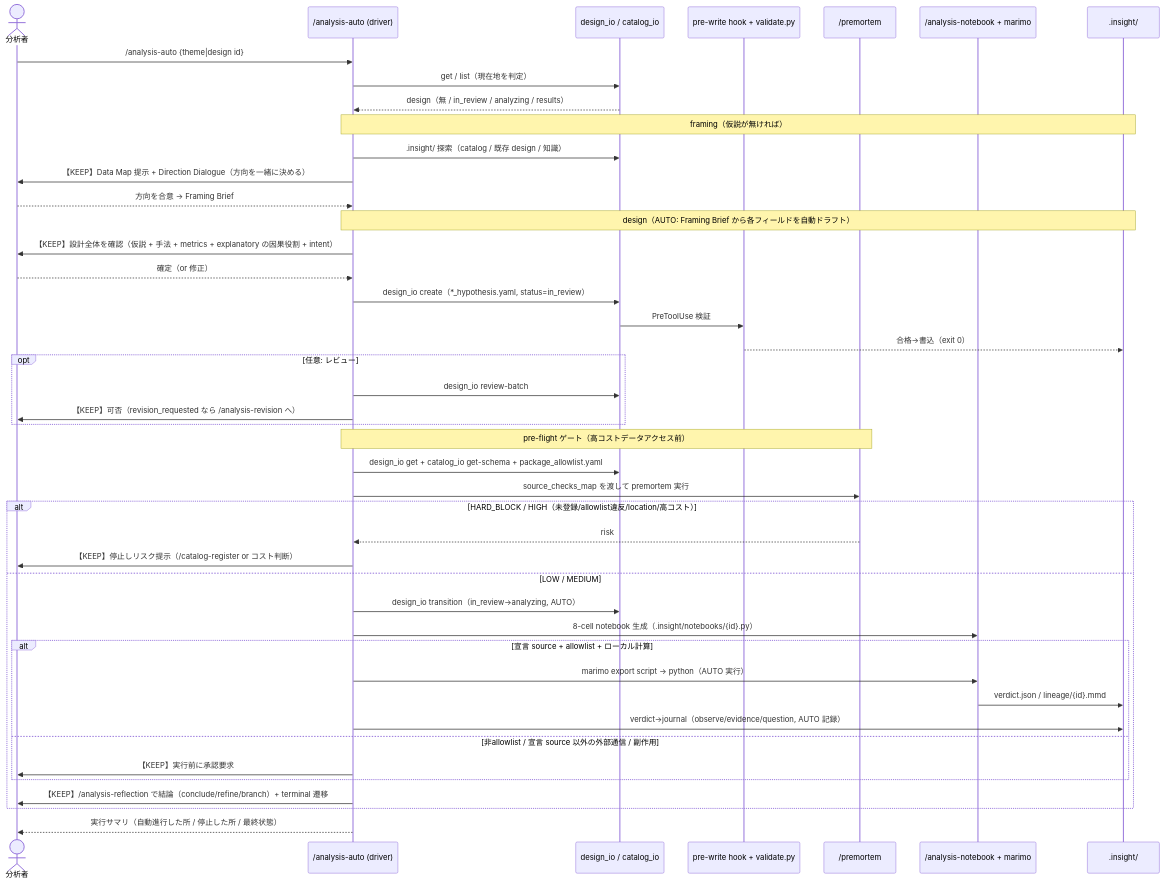
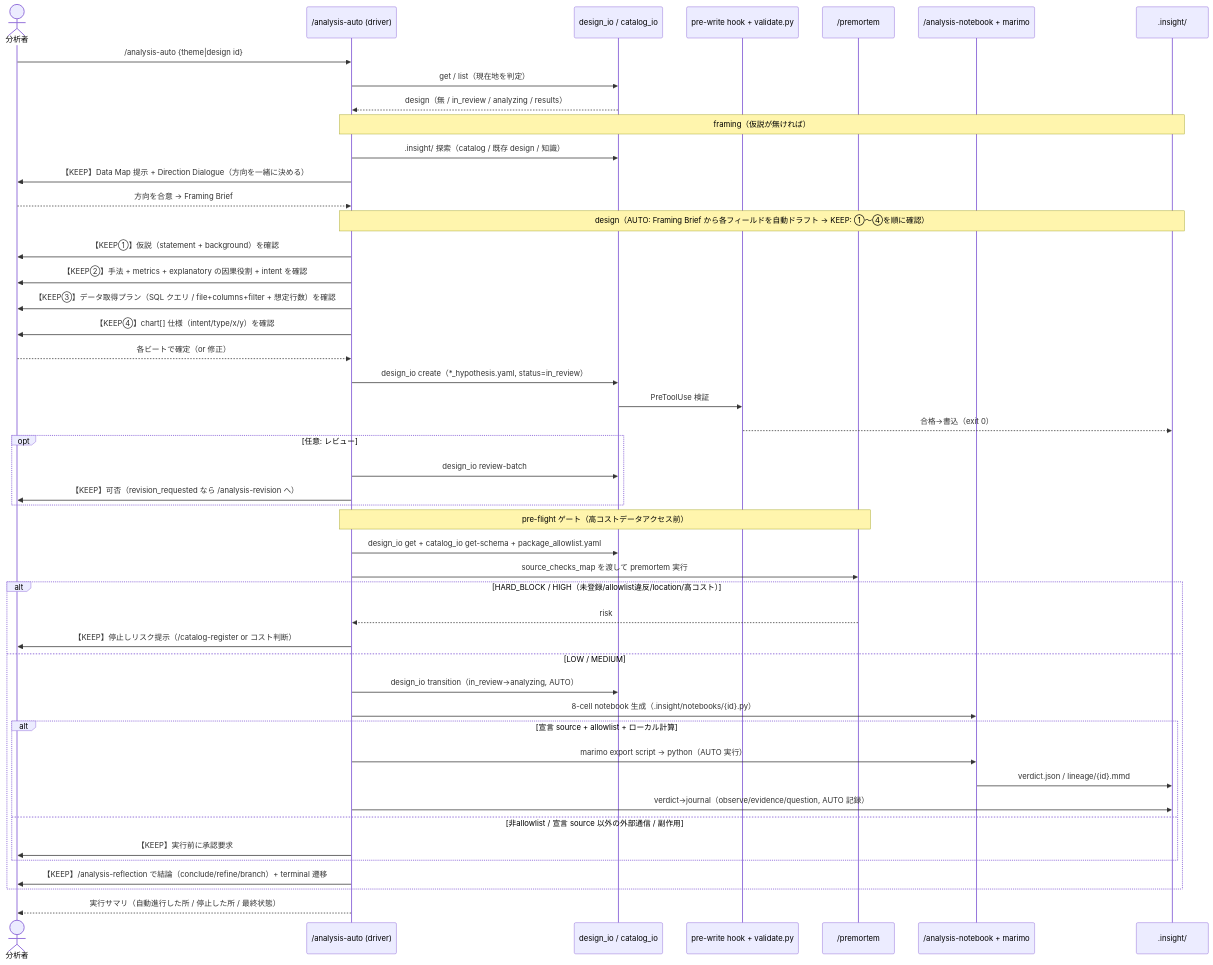
One commit to etoyama/insight-blueprint-skills changed the fifth of 5 diagrams in docs/ARCHITECTURE.md. Above: the diagram before and after it, drawn with Mermaid. The commit also changed other lines of this file and 5 other files, not shown here.

First line of the commit message:
feat(analysis-auto): 上流の判断ゲートを design 4ビートに分割し data-extraction ゲートを新設

````diff
--- a/docs/ARCHITECTURE.md
+++ b/docs/ARCHITECTURE.md
@@ -255,50 +258,53 @@
 ```mermaid
 sequenceDiagram
     actor U as 分析者
     participant D as /analysis-auto (driver)
     participant IO as design_io / catalog_io
     participant H as pre-write hook + validate.py
     participant PM as /premortem
     participant NB as /analysis-notebook + marimo
     participant FS as .insight/
 
     U->>D: /analysis-auto {theme|design id}
     D->>IO: get / list（現在地を判定）
     IO-->>D: design（無 / in_review / analyzing / results）
 
     Note over D,FS: framing（仮説が無ければ）
     D->>IO: .insight/ 探索（catalog / 既存 design / 知識）
     D->>U: 【KEEP】Data Map 提示 + Direction Dialogue（方向を一緒に決める）
     U-->>D: 方向を合意 → Framing Brief
-    Note over D,FS: design（AUTO: Framing Brief から各フィールドを自動ドラフト）
-    D->>U: 【KEEP】設計全体を確認（仮説 + 手法 + metrics + explanatory の因果役割 + intent）
-    U-->>D: 確定（or 修正）
+    Note over D,FS: design（AUTO: Framing Brief から各フィールドを自動ドラフト → KEEP: ①〜④を順に確認）
+    D->>U: 【KEEP①】仮説（statement + background）を確認
+    D->>U: 【KEEP②】手法 + metrics + explanatory の因果役割 + intent を確認
+    D->>U: 【KEEP③】データ取得プラン（SQL クエリ / file+columns+filter + 想定行数）を確認
+    D->>U: 【KEEP④】chart[] 仕様（intent/type/x/y）を確認
+    U-->>D: 各ビートで確定（or 修正）
     D->>IO: design_io create（*_hypothesis.yaml, status=in_review）
     IO->>H: PreToolUse 検証
     H-->>FS: 合格→書込（exit 0）
 
     opt 任意: レビュー
         D->>IO: design_io review-batch
         D->>U: 【KEEP】可否（revision_requested なら /analysis-revision へ）
     end
 
     Note over D,PM: pre-flight ゲート（高コストデータアクセス前）
     D->>IO: design_io get + catalog_io get-schema + package_allowlist.yaml
     D->>PM: source_checks_map を渡して premortem 実行
     alt HARD_BLOCK / HIGH（未登録/allowlist違反/location/高コスト）
         PM-->>D: risk
         D->>U: 【KEEP】停止しリスク提示（/catalog-register or コスト判断）
     else LOW / MEDIUM
         D->>IO: design_io transition（in_review→analyzing, AUTO）
         D->>NB: 8-cell notebook 生成（.insight/notebooks/{id}.py）
         alt 宣言 source + allowlist + ローカル計算
             D->>NB: marimo export script → python（AUTO 実行）
             NB->>FS: verdict.json / lineage/{id}.mmd
             D->>FS: verdict→journal（observe/evidence/question, AUTO 記録）
         else 非allowlist / 宣言 source 以外の外部通信 / 副作用
             D->>U: 【KEEP】実行前に承認要求
         end
         D->>U: 【KEEP】/analysis-reflection で結論（conclude/refine/branch）+ terminal 遷移
     end
     D-->>U: 実行サマリ（自動進行した所 / 停止した所 / 最終状態）
 ```
````
